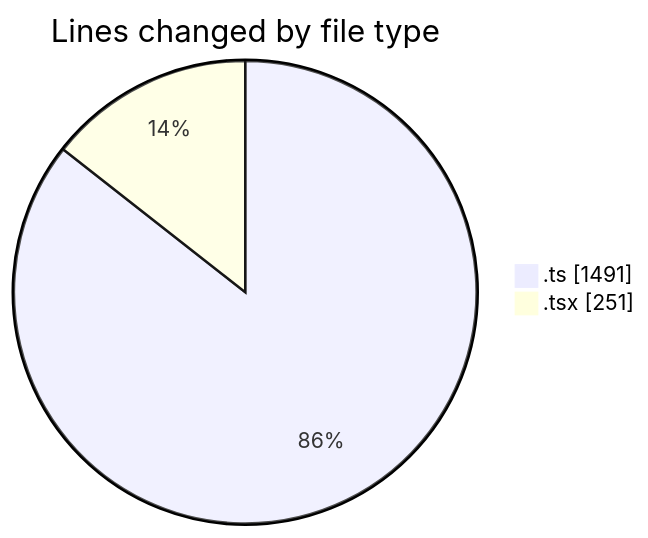
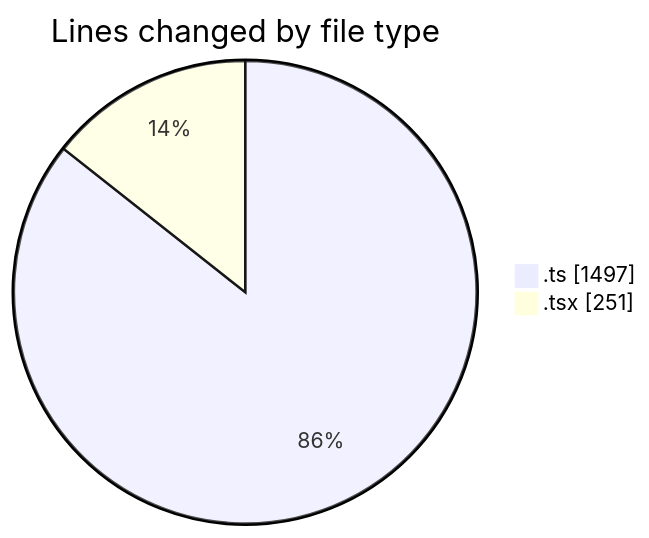
Before and after one commit to momahboobian/code-tracking: the first of 2 diagrams in 2025-11-27/cda/README.md, drawn with Mermaid. The commit also changed other lines of this file and 1 other file, not shown here.

````diff
--- a/2025-11-27/cda/README.md
+++ b/2025-11-27/cda/README.md
@@ -22,6 +22,6 @@
 ```mermaid
 pie showData
 title Lines changed by file type
-".ts" : 1491
+".ts" : 1497
 ".tsx" : 251
 ```
````
